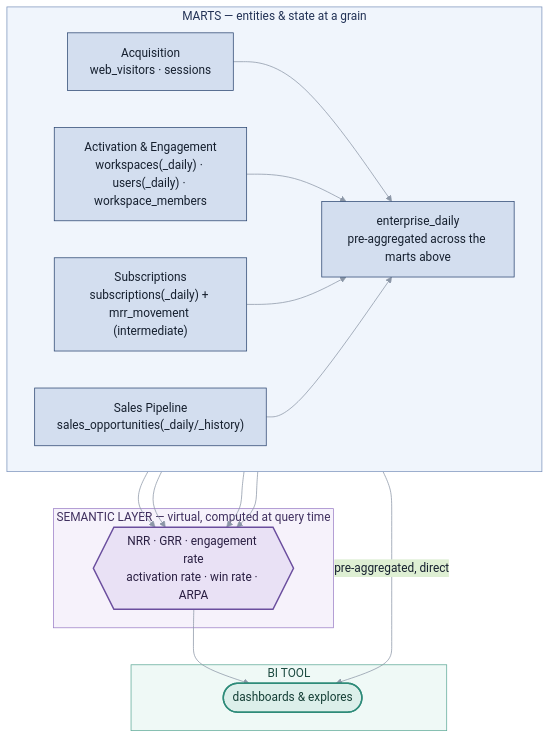
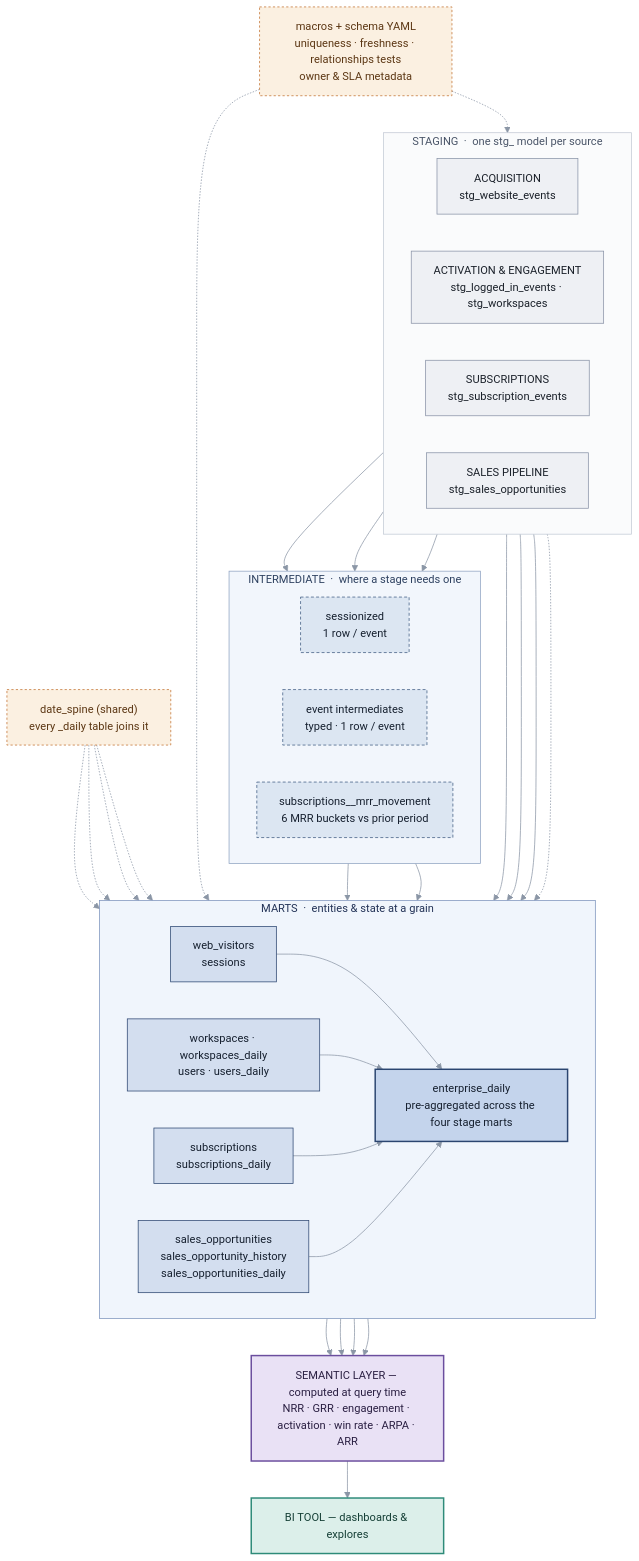
Before and after one commit to mcmatt-analytics/air-assessment: the diagram in system_diagram.md, drawn with Mermaid. The commit also changed other lines of this file and 2 other files, not shown here.

Commit message:
System diagram and readme

````diff
--- a/system_diagram.md
+++ b/system_diagram.md
@@ -93,45 +12,87 @@
 ```mermaid
-%%{init: {"theme": "base", "themeVariables": {"fontFamily": "ui-monospace, SFMono-Regular, Consolas, monospace", "fontSize": "16px", "primaryColor": "#D3DEEF", "primaryBorderColor": "#2B4570", "primaryTextColor": "#16202F", "lineColor": "#8B96A6"}}}%%
+%%{init: {"theme": "base", "themeVariables": {"fontFamily": "ui-monospace, SFMono-Regular, Consolas, monospace", "fontSize": "15px", "primaryColor": "#D3DEEF", "primaryBorderColor": "#2B4570", "primaryTextColor": "#16202F", "lineColor": "#8B96A6"}}}%%
 flowchart TD
-  subgraph MARTS["MARTS — entities &amp; state at a grain"]
+  subgraph STG["STAGING &nbsp;·&nbsp; one stg_ model per source"]
     direction LR
-    s1["Acquisition<br/>web_visitors · sessions"]
-    s2["Activation &amp; Engagement<br/>workspaces(_daily) · users(_daily) · workspace_members"]
-    s3["Subscriptions<br/>subscriptions(_daily) + mrr_movement (intermediate)"]
-    s4["Sales Pipeline<br/>sales_opportunities(_daily/_history)"]
-    ent["enterprise_daily<br/>pre-aggregated across the marts above"]
+    raw_web["ACQUISITION<br/>stg_website_events"]
+    raw_act["ACTIVATION &amp; ENGAGEMENT<br/>stg_logged_in_events · stg_workspaces"]
+    raw_bill["SUBSCRIPTIONS<br/>stg_subscription_events"]
+    raw_crm["SALES PIPELINE<br/>stg_sales_opportunities"]
   end
 
-  subgraph SEM["SEMANTIC LAYER — virtual, computed at query time"]
-    sem{{"NRR · GRR · engagement rate<br/>activation rate · win rate · ARPA"}}
+  subgraph INT["INTERMEDIATE &nbsp;·&nbsp; where a stage needs one"]
+    direction LR
+    int_web["sessionized<br/>1 row / event"]
+    int_evt["event intermediates<br/>typed · 1 row / event"]
+    int_mrr["subscriptions__mrr_movement<br/>6 MRR buckets vs prior period"]
   end
 
-  subgraph BI["BI TOOL"]
-    bi(["dashboards &amp; explores"])
+  subgraph MART["MARTS &nbsp;·&nbsp; entities &amp; state at a grain"]
+    direction LR
+    m_acq["web_visitors<br/>sessions"]
+    m_act["workspaces · workspaces_daily<br/>users · users_daily"]
+    m_sub["subscriptions<br/>subscriptions_daily"]
+    m_sales["sales_opportunities<br/>sales_opportunity_history<br/>sales_opportunities_daily"]
+    m_ent["enterprise_daily<br/>pre-aggregated across the four stage marts"]
   end
 
-  s1 --> ent
-  s2 --> ent
-  s3 --> ent
-  s4 --> ent
+  sem["SEMANTIC LAYER — computed at query time<br/>NRR · GRR · engagement · activation · win rate · ARPA · ARR"]
+  bi["BI TOOL — dashboards &amp; explores"]
 
-  s1 --> sem
-  s2 --> sem
-  s3 --> sem
-  s4 --> sem
+  spine["date_spine (shared)<br/>every _daily table joins it"]
+  docs["macros + schema YAML<br/>uniqueness · freshness · relationships tests<br/>owner &amp; SLA metadata"]
 
+  %% staging → intermediate → mart (intermediate sits between the two bands)
+  raw_web  --> int_web --> m_acq
+  raw_act  --> int_evt --> m_act
+  raw_act  --> m_act
+  raw_bill --> m_sub
+  raw_crm  --> m_sales
+
+  %% plan_tier: single source is the billing feed (workspaces_daily fill-down)
+  raw_bill -.-> m_act
+
+  %% mrr_movement feeds NRR/GRR
+  raw_bill --> int_mrr
+
+  %% marts → semantic → BI (every rate/ratio)
+  m_acq   --> sem
+  m_act   --> sem
+  m_sub   --> sem
+  m_sales --> sem
   sem --> bi
-  ent -->|"pre-aggregated, direct"| bi
 
+  %% enterprise_daily: a mart that aggregates the marts, straight to BI
+  m_acq   --> m_ent
+  m_act   --> m_ent
+  m_sub   --> m_ent
+  m_sales --> m_ent
+
+  %% shared date spine into the daily marts
+  spine -.-> m_act
+  spine -.-> m_sub
+  spine -.-> m_sales
+  spine -.-> m_ent
+  docs -.-> STG
+  docs -.-> MART
+
+  classDef raw fill:#EEF0F4,stroke:#8892A6,color:#1A2029
+  classDef intnode fill:#DCE6F2,stroke:#3D5A80,color:#16202F,stroke-dasharray: 4 3
   classDef mart fill:#D3DEEF,stroke:#2B4570,color:#16202F
+  classDef entmart fill:#C4D4EC,stroke:#2B4570,color:#16202F,stroke-width:2px
   classDef semantic fill:#E9E1F5,stroke:#6B4E9E,color:#2A1F42,stroke-width:2px
   classDef bi fill:#DCEFEA,stroke:#2E8B79,color:#153F36,stroke-width:2px
+  classDef note fill:#FBF0E1,stroke:#C1702F,color:#5C3714,stroke-dasharray: 3 3
 
-  class s1,s2,s3,s4,ent mart
+  class raw_web,raw_act,raw_bill,raw_crm raw
+  class int_web,int_evt,int_mrr intnode
+  class m_acq,m_act,m_sub,m_sales mart
+  class m_ent entmart
   class sem semantic
   class bi bi
+  class spine,docs note
 
-  style MARTS fill:#F0F5FC,stroke:#7C93BC,color:#223256
-  style SEM fill:#F6F2FB,stroke:#9B7FC7,color:#40305F
-  style BI fill:#EFF9F6,stroke:#5FAA98,color:#1D4B41
+  style STG fill:#FAFBFC,stroke:#C3C9D4,color:#4A5568
+  style INT fill:#F2F6FC,stroke:#8FA3C2,color:#2E4160
+  style MART fill:#F0F5FC,stroke:#7C93BC,color:#223256
 ```
````
